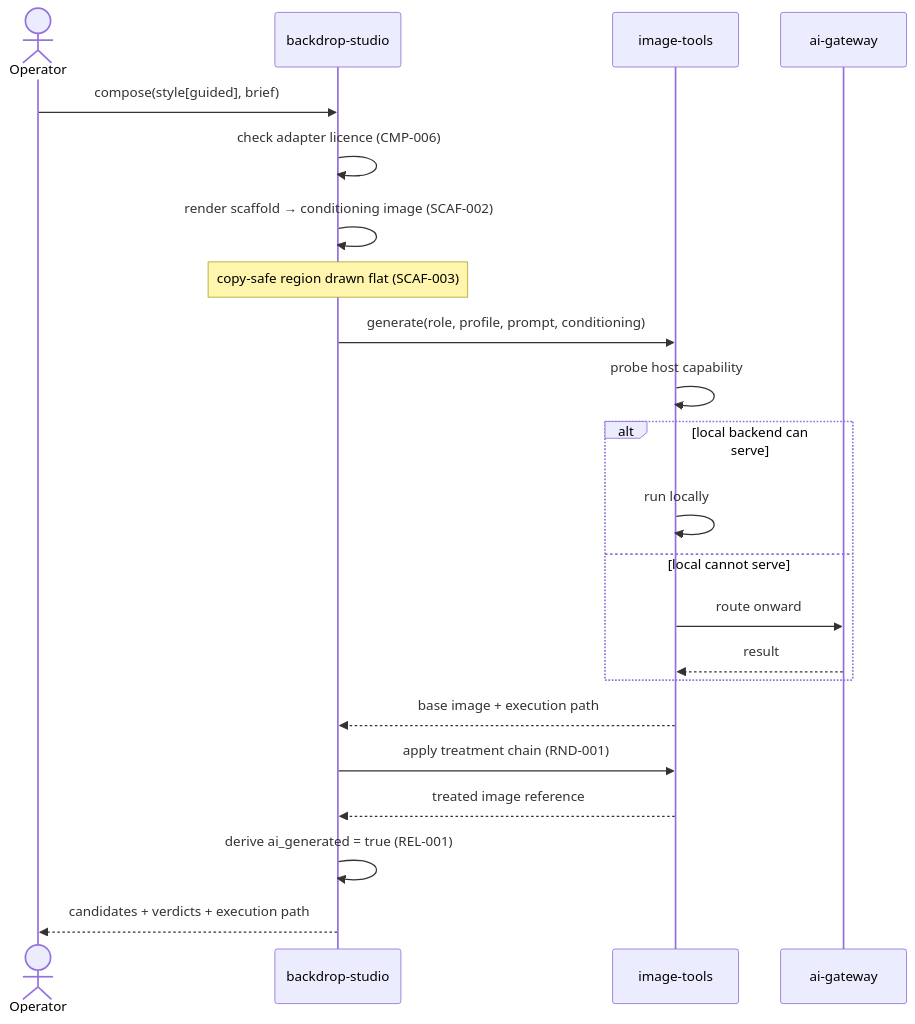
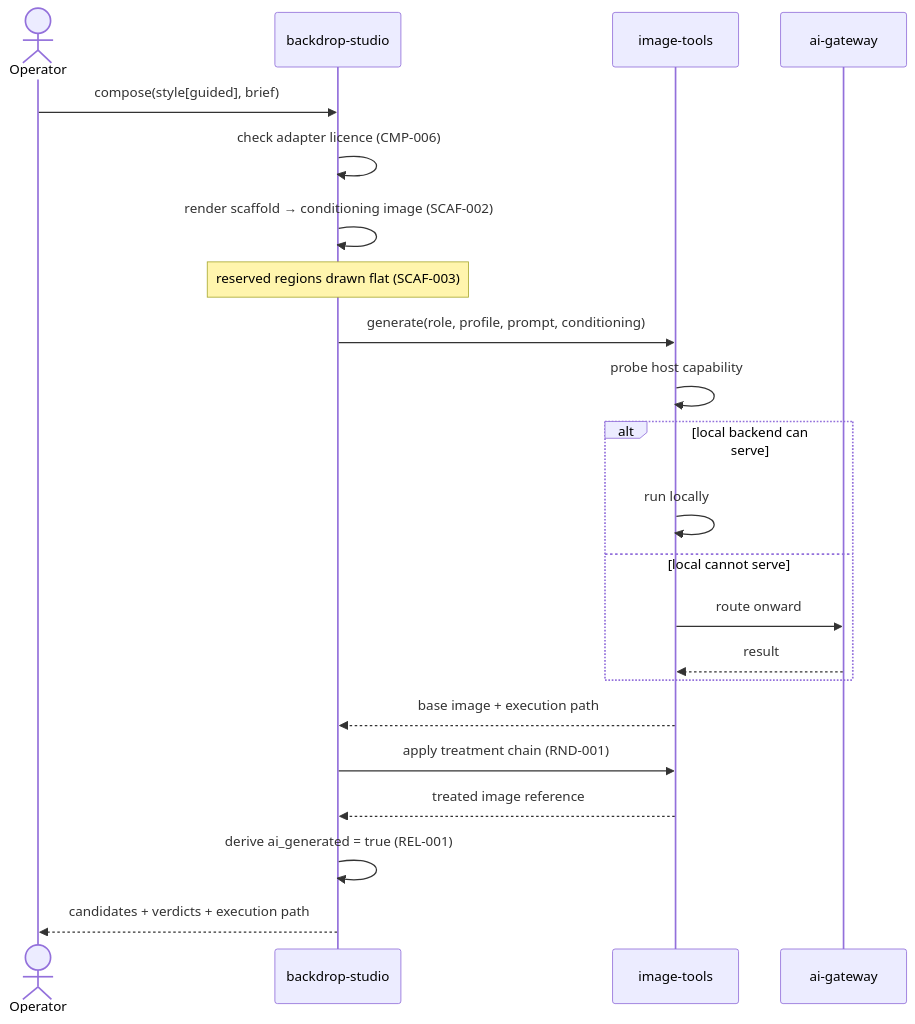
Before and after one commit to Vrooli/Vrooli: the second of 4 diagrams in scenarios/backdrop-studio/docs/concepts/FLOWS.md, drawn with Mermaid. The commit also changed other lines of this file and 33 other files, not shown here.

````diff
--- a/scenarios/backdrop-studio/docs/concepts/FLOWS.md
+++ b/scenarios/backdrop-studio/docs/concepts/FLOWS.md
@@ -39,25 +39,25 @@
 ```mermaid
 sequenceDiagram
     actor Op as Operator
     participant BS as backdrop-studio
     participant IT as image-tools
     participant AG as ai-gateway
 
     Op->>BS: compose(style[guided], brief)
     BS->>BS: check adapter licence (CMP-006)
     BS->>BS: render scaffold → conditioning image (SCAF-002)
-    Note over BS: copy-safe region drawn flat (SCAF-003)
+    Note over BS: reserved regions drawn flat (SCAF-003)
     BS->>IT: generate(role, profile, prompt, conditioning)
     IT->>IT: probe host capability
     alt local backend can serve
         IT->>IT: run locally
     else local cannot serve
         IT->>AG: route onward
         AG-->>IT: result
     end
     IT-->>BS: base image + execution path
     BS->>IT: apply treatment chain (RND-001)
     IT-->>BS: treated image reference
     BS->>BS: derive ai_generated = true (REL-001)
     BS-->>Op: candidates + verdicts + execution path
 ```
````
